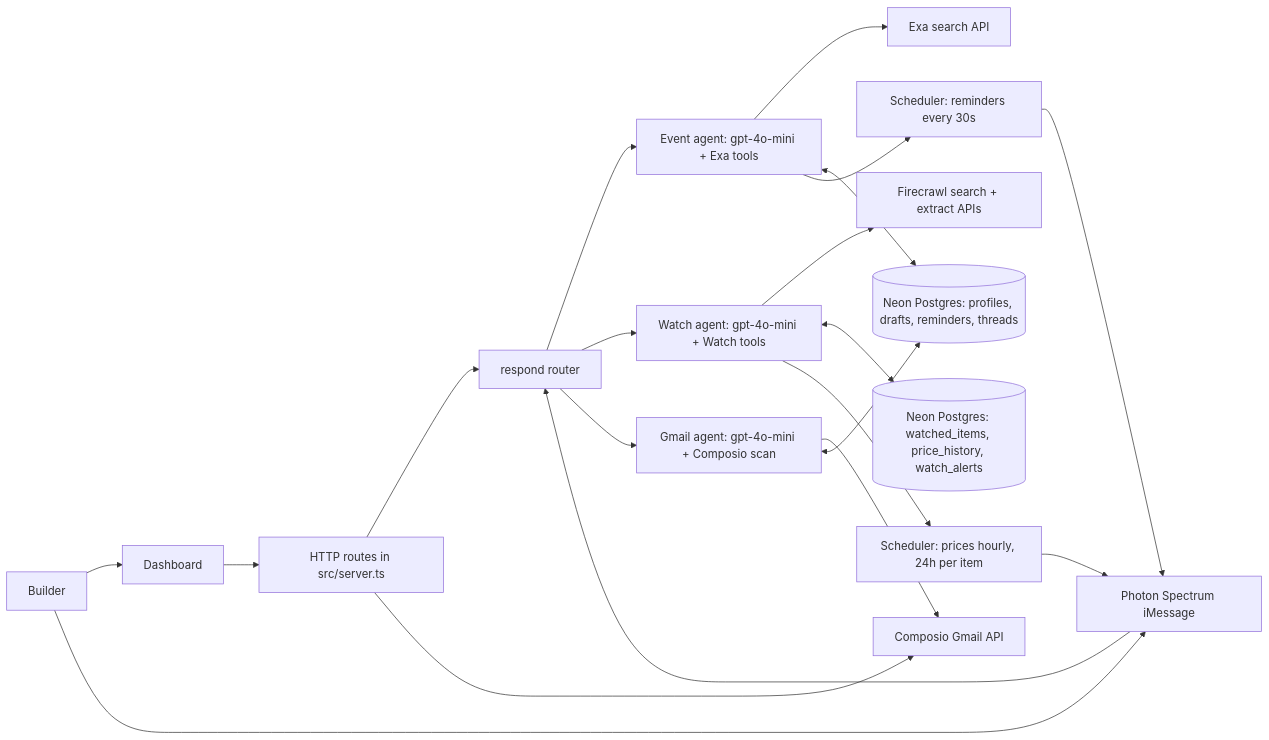
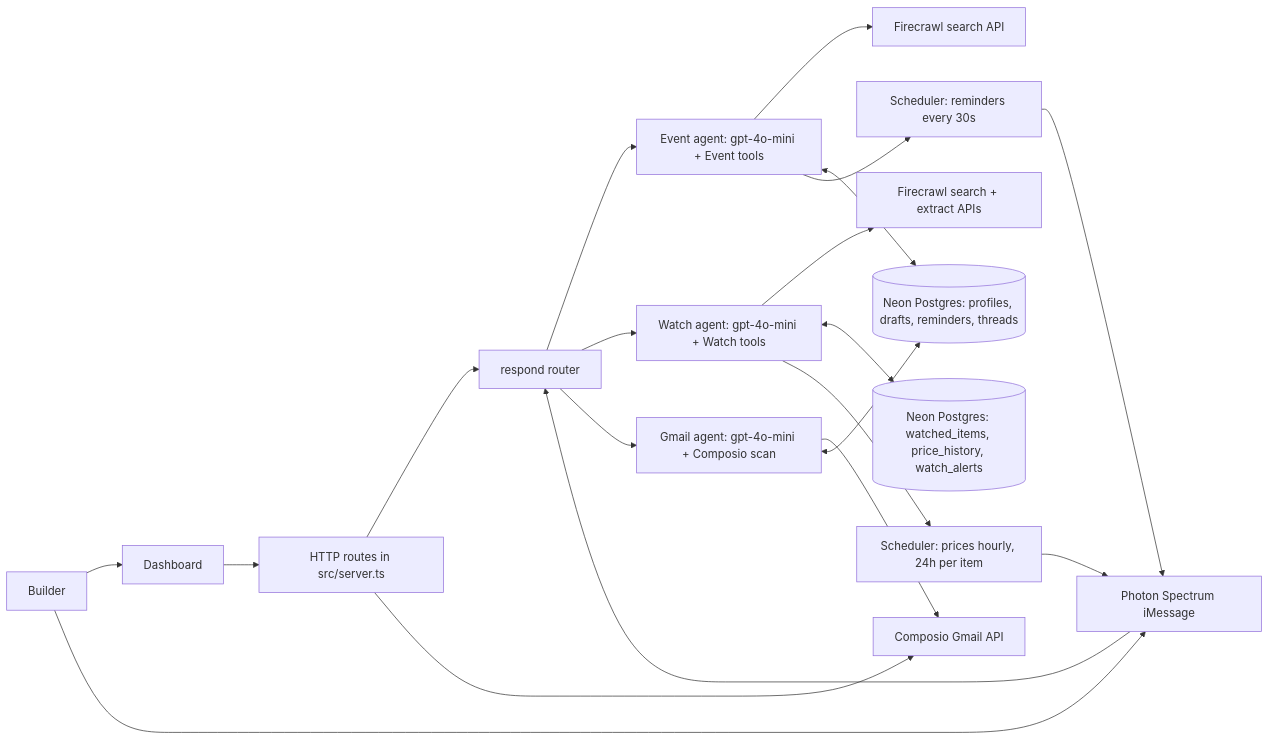
Before and after one commit to fozagtx/Okupy: the diagram in docs/architecture.md, drawn with Mermaid. The commit also changed other lines of this file and 10 other files, not shown here.

Commit message:
Remove Exa search and use Firecrawl for all search and extraction

````diff
--- a/docs/architecture.md
+++ b/docs/architecture.md
@@ -10,22 +10,22 @@
 ```mermaid
 flowchart LR
   U[Builder] --> D[Dashboard]
   U --> P[Photon Spectrum iMessage]
   D --> R[HTTP routes in src/server.ts]
   P --> RSP[respond router]
   R --> RSP
-  RSP --> E[Event agent: gpt-4o-mini + Exa tools]
+  RSP --> E[Event agent: gpt-4o-mini + Event tools]
   RSP --> W[Watch agent: gpt-4o-mini + Watch tools]
   RSP --> G[Gmail agent: gpt-4o-mini + Composio scan]
-  E --> X[Exa search API]
-  W --> F[Firecrawl search + extract APIs]
+  E --> F1[Firecrawl search API]
+  W --> F2[Firecrawl search + extract APIs]
   G --> C[Composio Gmail API]
   E <--> N[(Neon Postgres: profiles, drafts, reminders, threads)]
   W <--> N2[(Neon Postgres: watched_items, price_history, watch_alerts)]
   G <--> N
   R --> C
   E --> S[Scheduler: reminders every 30s]
   W --> WS[Scheduler: prices hourly, 24h per item]
   S --> P
   WS --> P
 ```
````
